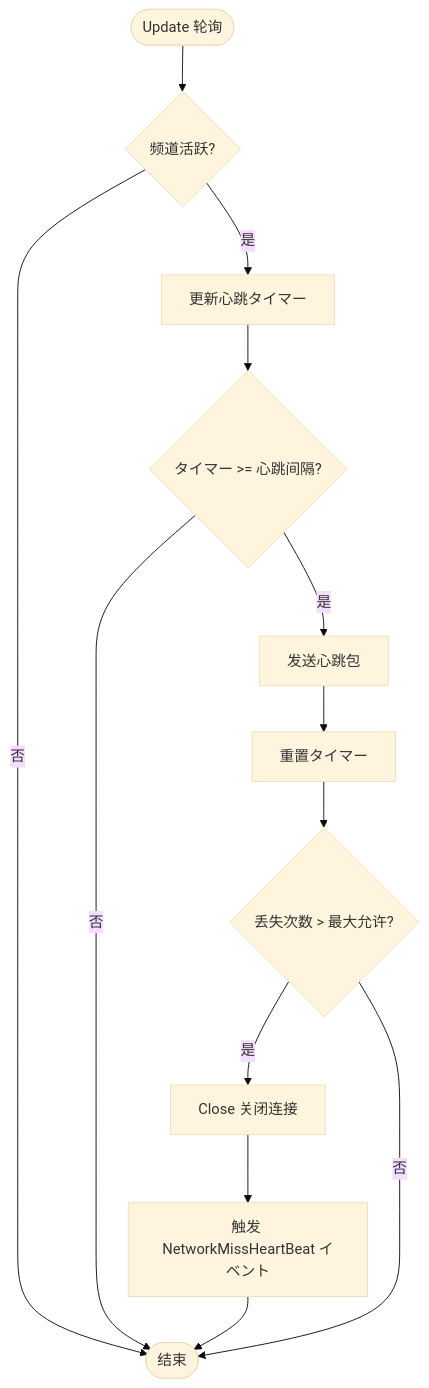
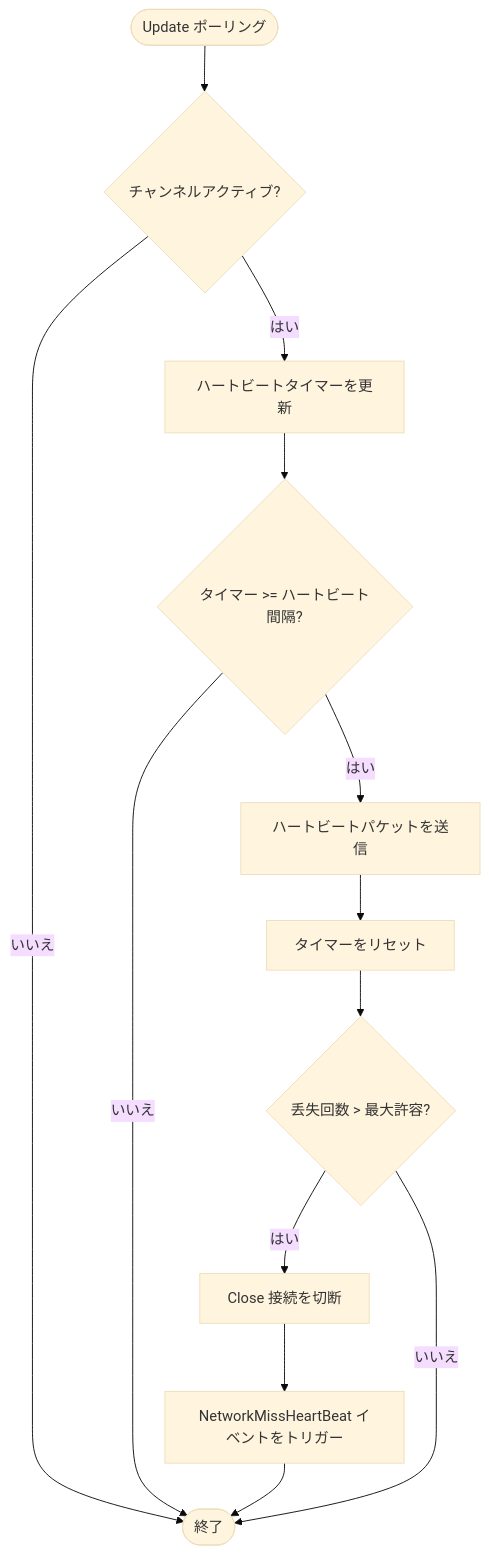
Before and after one commit to AlianBlank/GameFrameX.Docs: the fourth of 4 diagrams in docs/ja/client/unity/component/network/05.network-channel.md, drawn with Mermaid (base theme). The commit also changed other lines of this file and 320 other files, not shown here.

````diff
--- a/docs/ja/client/unity/component/network/05.network-channel.md
+++ b/docs/ja/client/unity/component/network/05.network-channel.md
@@ -158,15 +158,15 @@
 ```mermaid
 flowchart TD
-    Start([Update 轮询]) --> CheckActive{频道活跃?}
-    CheckActive -->|否| End([结束])
-    CheckActive -->|是| UpdateTimer[更新心跳タイマー]
-    UpdateTimer --> CheckTimeout{タイマー >= 心跳间隔?}
-    CheckTimeout -->|否| End
-    CheckTimeout -->|是| SendHeartBeat[发送心跳包]
-    SendHeartBeat --> ResetTimer[重置タイマー]
-    ResetTimer --> CheckMissCount{丢失次数 > 最大允许?}
-    CheckMissCount -->|是| CloseChannel[Close 关闭连接]
-    CloseChannel --> FireEvent[触发 NetworkMissHeartBeat イベント]
+    Start([Update ポーリング]) --> CheckActive{チャンネルアクティブ?}
+    CheckActive -->|いいえ| End([終了])
+    CheckActive -->|はい| UpdateTimer[ハートビートタイマーを更新]
+    UpdateTimer --> CheckTimeout{タイマー >= ハートビート間隔?}
+    CheckTimeout -->|いいえ| End
+    CheckTimeout -->|はい| SendHeartBeat[ハートビートパケットを送信]
+    SendHeartBeat --> ResetTimer[タイマーをリセット]
+    ResetTimer --> CheckMissCount{丢失回数 > 最大許容?}
+    CheckMissCount -->|はい| CloseChannel[Close 接続を切断]
+    CloseChannel --> FireEvent[NetworkMissHeartBeat イベントをトリガー]
     FireEvent --> End
-    CheckMissCount -->|否| End
+    CheckMissCount -->|いいえ| End
 ```
````
